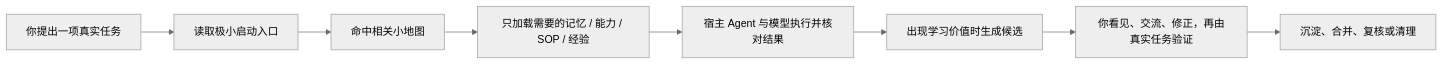
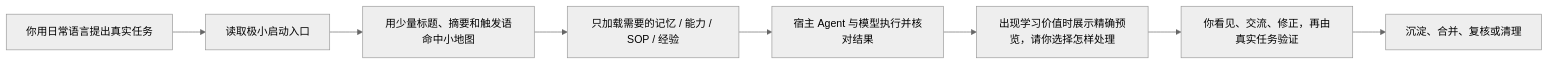
Before and after one commit to Ww-Cooooo/Agent-Carry: the second of 2 diagrams in README.md, drawn with Mermaid (neutral theme). The commit also changed other lines of this file and 148 other files, not shown here.

````diff
--- a/README.md
+++ b/README.md
@@ -189,10 +191,10 @@
 ```mermaid
 flowchart LR
-    T["你提出一项真实任务"] --> B["读取极小启动入口"]
-    B --> R["命中相关小地图"]
+    T["你用日常语言提出真实任务"] --> B["读取极小启动入口"]
+    B --> R["用少量标题、摘要和触发语命中小地图"]
     R --> A["只加载需要的记忆 / 能力 / SOP / 经验"]
     A --> W["宿主 Agent 与模型执行并核对结果"]
-    W --> L["出现学习价值时生成候选"]
+    W --> L["出现学习价值时展示精确预览，请你选择怎样处理"]
     L --> V["你看见、交流、修正，再由真实任务验证"]
     V --> P["沉淀、合并、复核或清理"]
 ```
````
